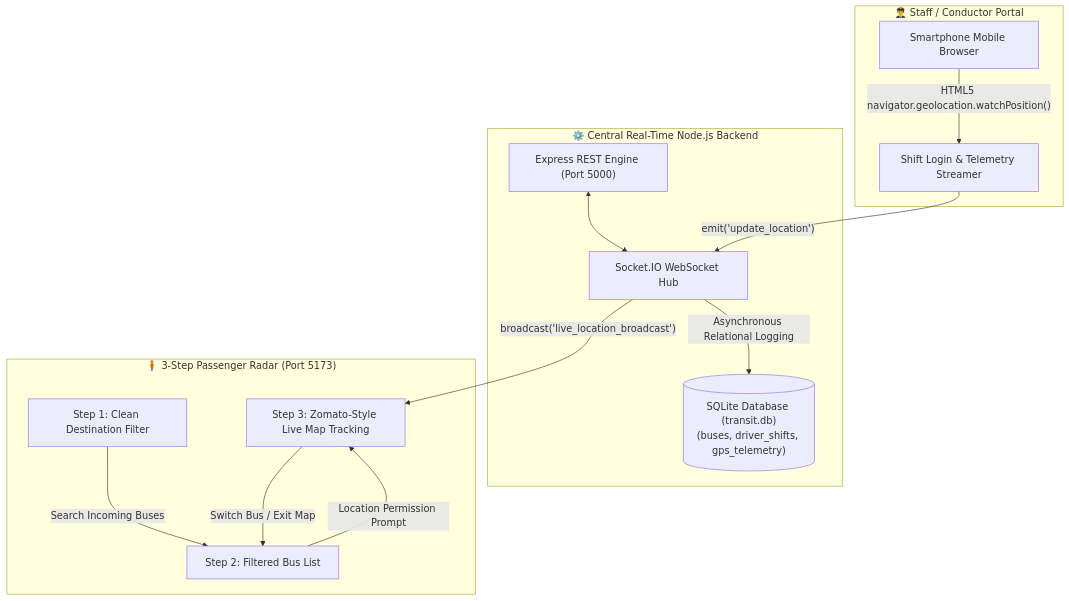
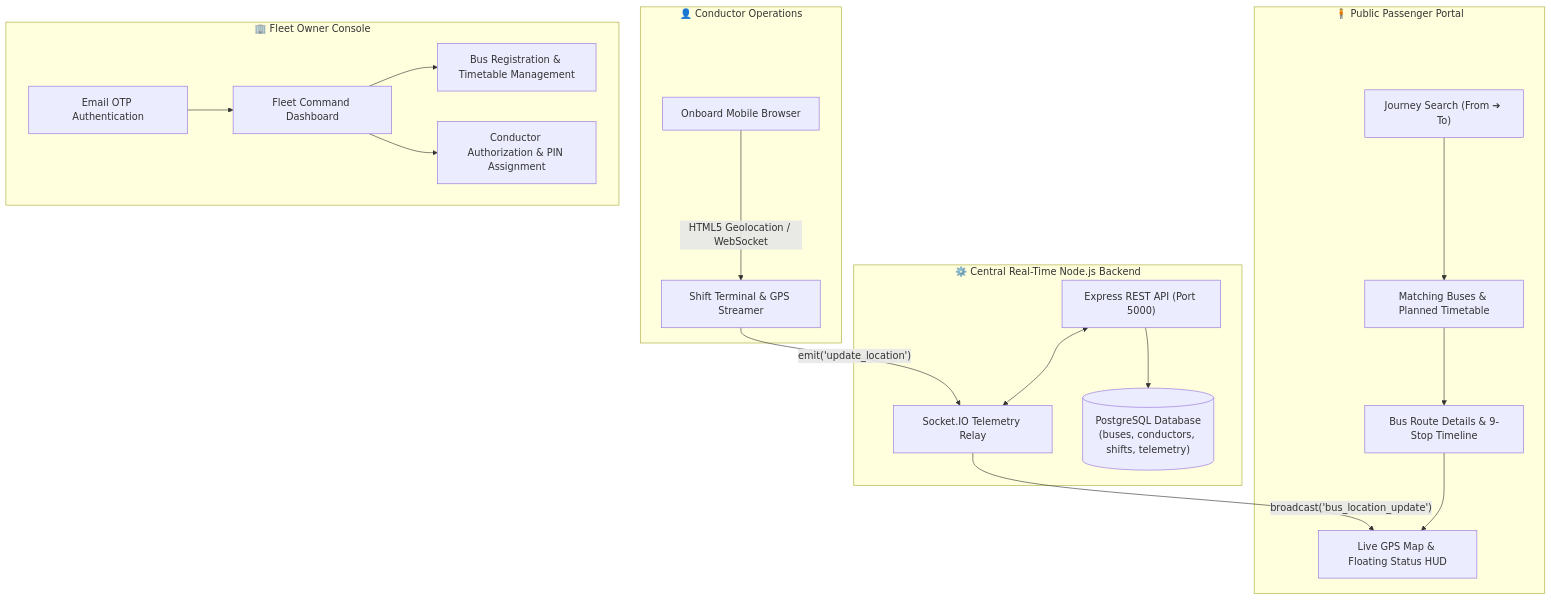
One commit to sanath-labs/Karavali-Transit changed the diagram in README.md. Above: the diagram before and after it, drawn with Mermaid. The commit also changed other lines of this file, not shown here.

Commit message:
docs: update README with official 9-stop corridor specification and system architecture

````diff
--- a/README.md
+++ b/README.md
@@ -31,20 +37,26 @@
 ```mermaid
 flowchart TD
-    subgraph DriverPortal["👨‍✈️ Staff / Conductor Portal"]
-        D1["Smartphone Mobile Browser"] -->|"HTML5 navigator.geolocation.watchPosition()"| D2["Shift Login & Telemetry Streamer"]
+    subgraph Conductors["👤 Conductor Operations"]
+        C1["Onboard Mobile Browser"] -->|"HTML5 Geolocation / WebSocket"| C2["Shift Terminal & GPS Streamer"]
     end
 
-    subgraph BackendServer["⚙️ Central Real-Time Node.js Backend"]
-        B1["Express REST Engine (Port 5000)"] <--> B2["Socket.IO WebSocket Hub"]
-        B2 -->|"Asynchronous Relational Logging"| B3[("SQLite Database (transit.db)\n(buses, driver_shifts, gps_telemetry)")]
+    subgraph Backend["⚙️ Central Real-Time Node.js Backend"]
+        B1["Express REST API (Port 5000)"] <--> B2["Socket.IO Telemetry Relay"]
+        B1 --> B3[("PostgreSQL Database\n(buses, conductors, shifts, telemetry)")]
     end
 
-    subgraph PassengerJourney["🧍 3-Step Passenger Radar (Port 5173)"]
-        P1["Step 1: Clean Destination Filter"] -->|"Search Incoming Buses"| P2["Step 2: Filtered Bus List"]
-        P2 -->|"Location Permission Prompt"| P3["Step 3: Zomato-Style Live Map Tracking"]
-        P3 -->|"Switch Bus / Exit Map"| P2
+    subgraph Passengers["🧍 Public Passenger Portal"]
+        P1["Journey Search (From ➔ To)"] --> P2["Matching Buses & Planned Timetable"]
+        P2 --> P3["Bus Route Details & 9-Stop Timeline"]
+        P3 --> P4["Live GPS Map & Floating Status HUD"]
     end
 
-    D2 -->|"emit('update_location')"| B2
-    B2 -->|"broadcast('live_location_broadcast')"| P3
+    subgraph FleetOwners["🏢 Fleet Owner Console"]
+        O1["Email OTP Authentication"] --> O2["Fleet Command Dashboard"]
+        O2 --> O3["Bus Registration & Timetable Management"]
+        O2 --> O4["Conductor Authorization & PIN Assignment"]
+    end
+
+    C2 -->|"emit('update_location')"| B2
+    B2 -->|"broadcast('bus_location_update')"| P4
 ```
````
